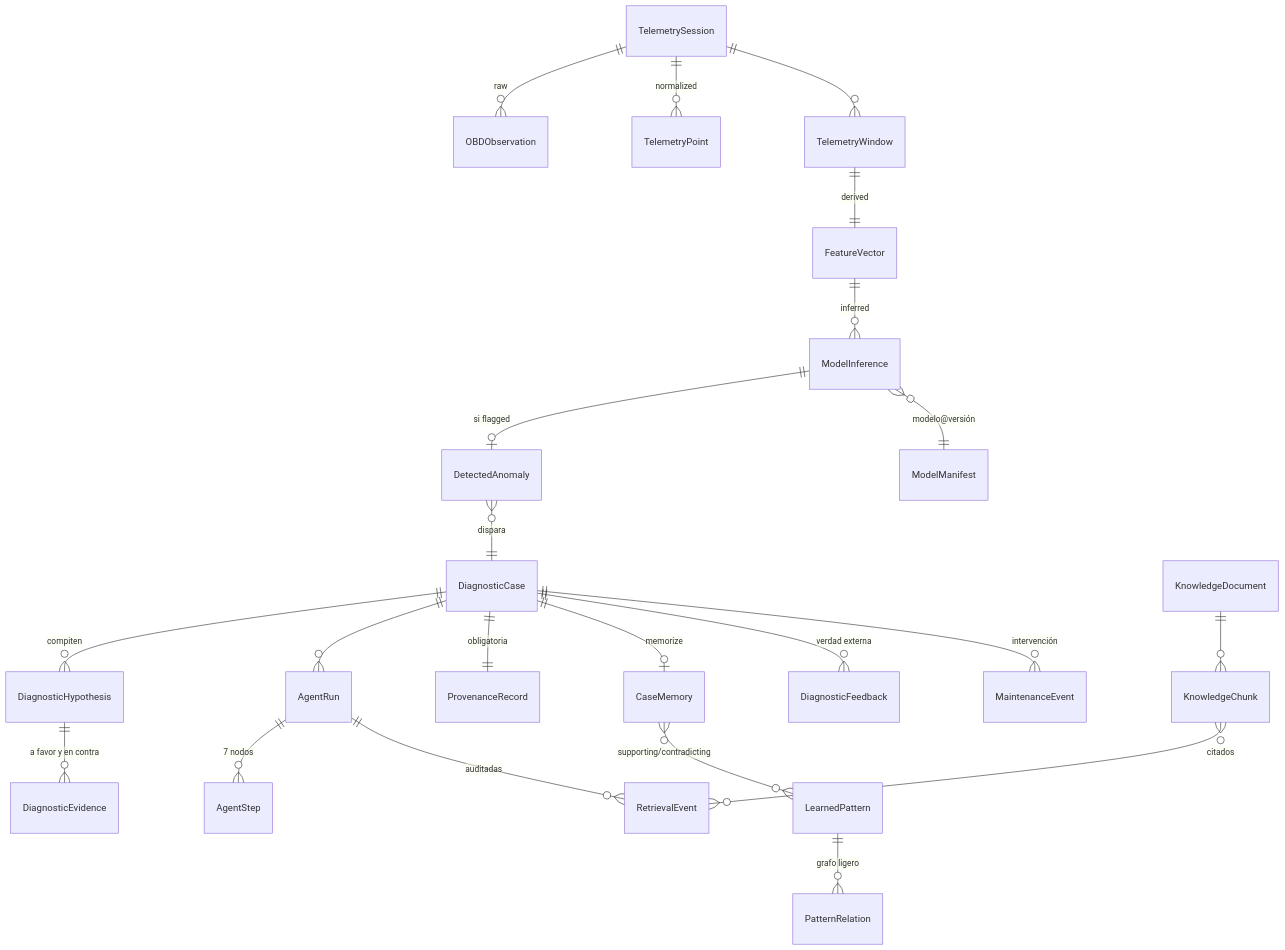
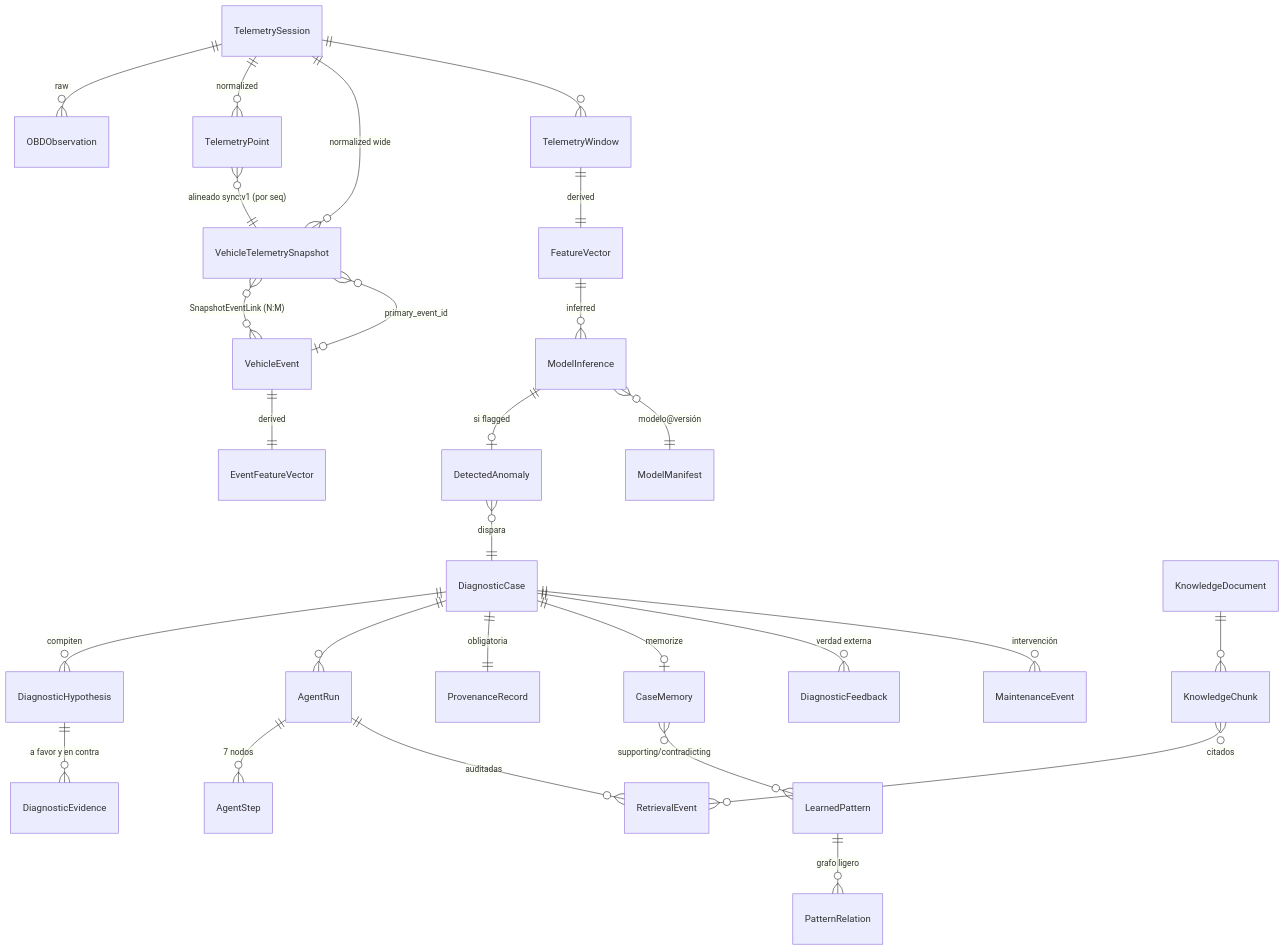
The diagram in docs/data-architecture/diagrams/er-model.mmd (3dluis/tfm-mecanico-ai), drawn with Mermaid before and after one commit. The commit also changed 36 other files, not shown here.

First line of the commit message:
F11: VehicleTelemetrySnapshot (wide canónico) + evaluación de persistencia Edge

```diff
--- a/docs/data-architecture/diagrams/er-model.mmd
+++ b/docs/data-architecture/diagrams/er-model.mmd
@@ -1,22 +1,27 @@
 erDiagram
     TelemetrySession ||--o{ OBDObservation : "raw"
     TelemetrySession ||--o{ TelemetryPoint : "normalized"
+    TelemetrySession ||--o{ VehicleTelemetrySnapshot : "normalized wide"
+    TelemetryPoint }o--|| VehicleTelemetrySnapshot : "alineado sync:v1 (por seq)"
+    VehicleTelemetrySnapshot }o--o{ VehicleEvent : "SnapshotEventLink (N:M)"
+    VehicleTelemetrySnapshot }o--o| VehicleEvent : "primary_event_id"
+    VehicleEvent ||--|| EventFeatureVector : "derived"
     TelemetrySession ||--o{ TelemetryWindow : ""
     TelemetryWindow ||--|| FeatureVector : "derived"
     FeatureVector ||--o{ ModelInference : "inferred"
     ModelInference ||--o| DetectedAnomaly : "si flagged"
     DetectedAnomaly }o--|| DiagnosticCase : "dispara"
     DiagnosticCase ||--o{ DiagnosticHypothesis : "compiten"
     DiagnosticHypothesis ||--o{ DiagnosticEvidence : "a favor y en contra"
     DiagnosticCase ||--o{ AgentRun : ""
     AgentRun ||--o{ AgentStep : "7 nodos"
     AgentRun ||--o{ RetrievalEvent : "auditadas"
     DiagnosticCase ||--|| ProvenanceRecord : "obligatoria"
     DiagnosticCase ||--o| CaseMemory : "memorize"
     CaseMemory }o--o{ LearnedPattern : "supporting/contradicting"
     LearnedPattern ||--o{ PatternRelation : "grafo ligero"
     DiagnosticCase ||--o{ DiagnosticFeedback : "verdad externa"
     DiagnosticCase ||--o{ MaintenanceEvent : "intervención"
     KnowledgeDocument ||--o{ KnowledgeChunk : ""
     KnowledgeChunk }o--o{ RetrievalEvent : "citados"
     ModelInference }o--|| ModelManifest : "modelo@versión"
```
